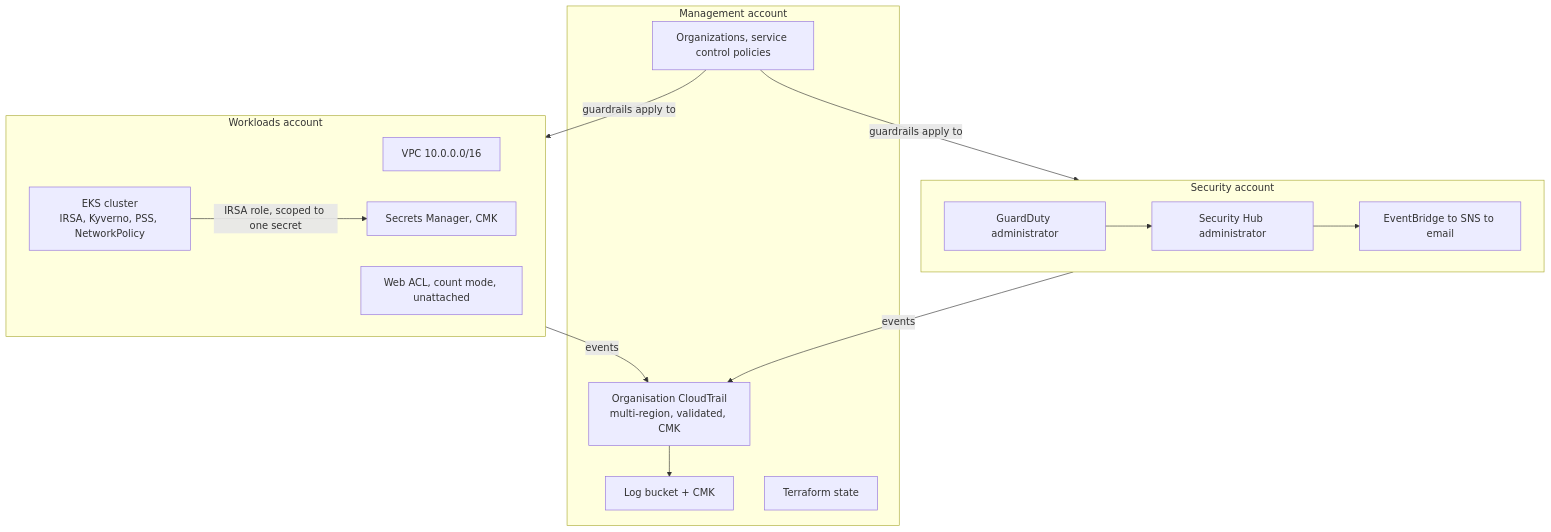
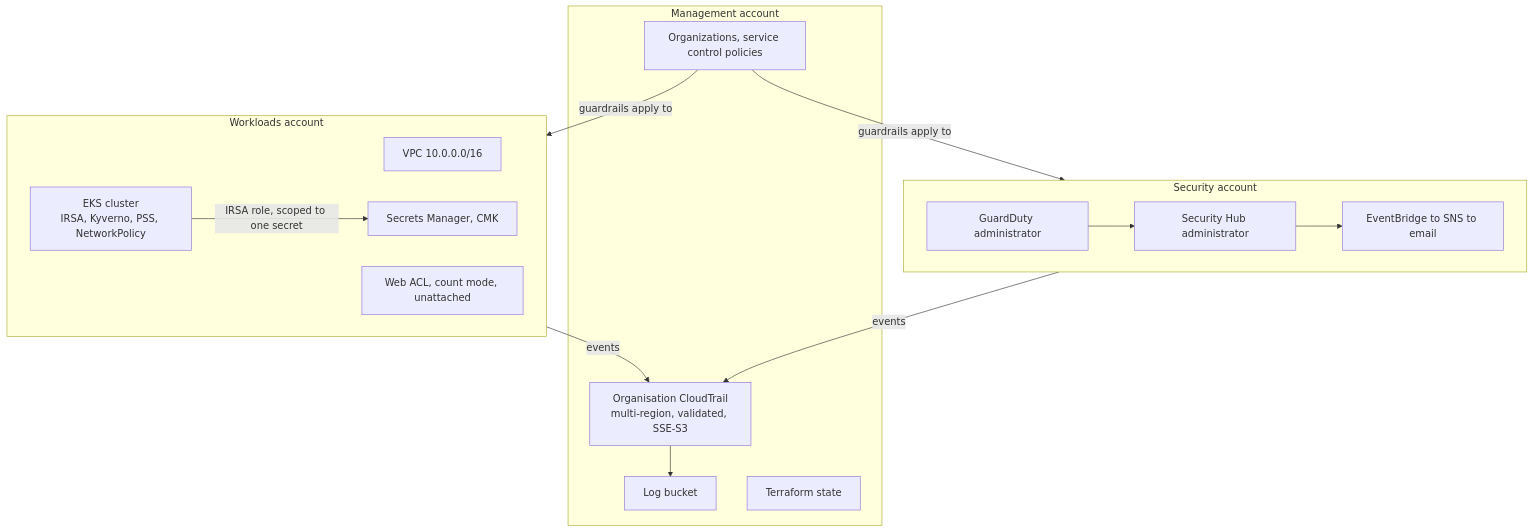
One commit to mikedemis1/novapay-security-infra changed the diagram in README.md. Above: the diagram before and after it, drawn with Mermaid. The commit also changed other lines of this file and 4 other files, not shown here.

First line of the commit message:
Update docs to match the dropped CloudTrail CMK, add NEXT-STEPS.md

````diff
--- a/README.md
+++ b/README.md
@@ -63,30 +63,30 @@
 ```mermaid
 flowchart TB
     subgraph MGMT["Management account"]
         ORG["Organizations, service control policies"]
-        TRAIL["Organisation CloudTrail<br/>multi-region, validated, CMK"]
-        BUCKET["Log bucket + CMK"]
+        TRAIL["Organisation CloudTrail<br/>multi-region, validated, SSE-S3"]
+        BUCKET["Log bucket"]
         STATE["Terraform state"]
     end
 
     subgraph SEC["Security account"]
         GD["GuardDuty administrator"]
         SH["Security Hub administrator"]
         ALERT["EventBridge to SNS to email"]
     end
 
     subgraph WORK["Workloads account"]
         VPC["VPC 10.0.0.0/16"]
         EKS["EKS cluster<br/>IRSA, Kyverno, PSS, NetworkPolicy"]
         SM["Secrets Manager, CMK"]
         WAF["Web ACL, count mode, unattached"]
     end
 
     ORG -->|guardrails apply to| WORK
     ORG -->|guardrails apply to| SEC
     TRAIL --> BUCKET
     WORK -->|events| TRAIL
     SEC -->|events| TRAIL
     GD --> SH --> ALERT
     EKS -->|IRSA role, scoped to one secret| SM
 ```
````
